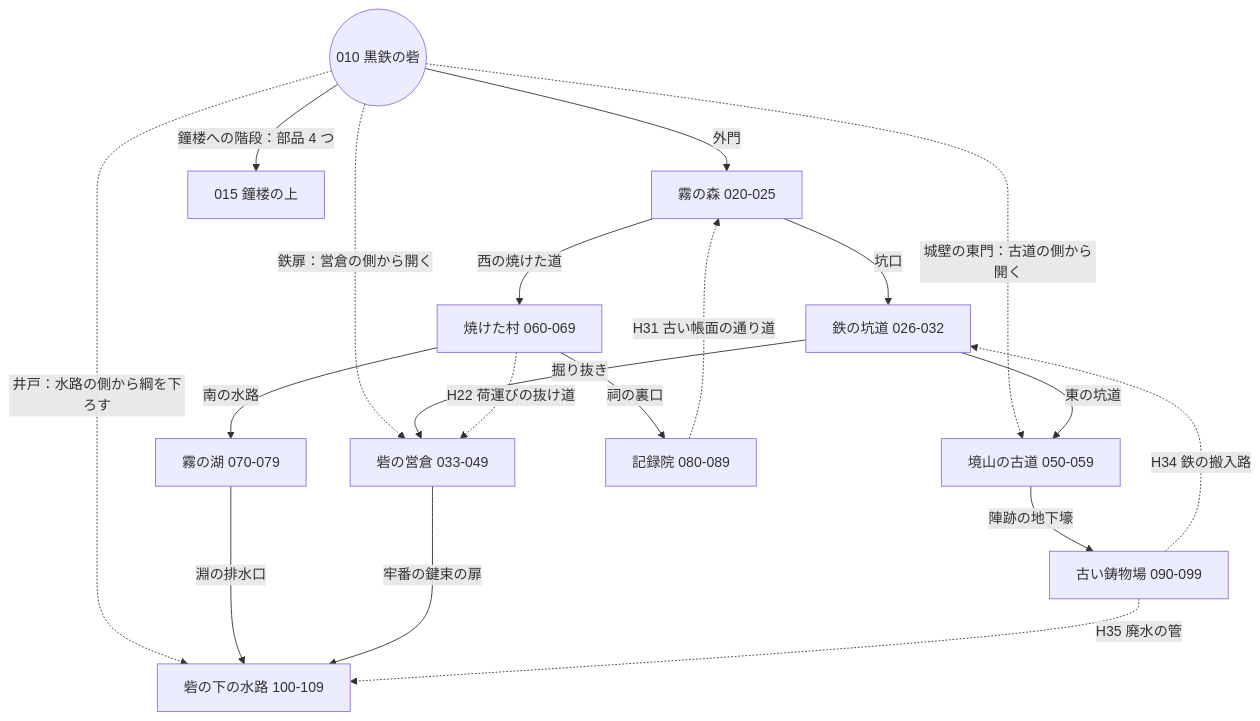
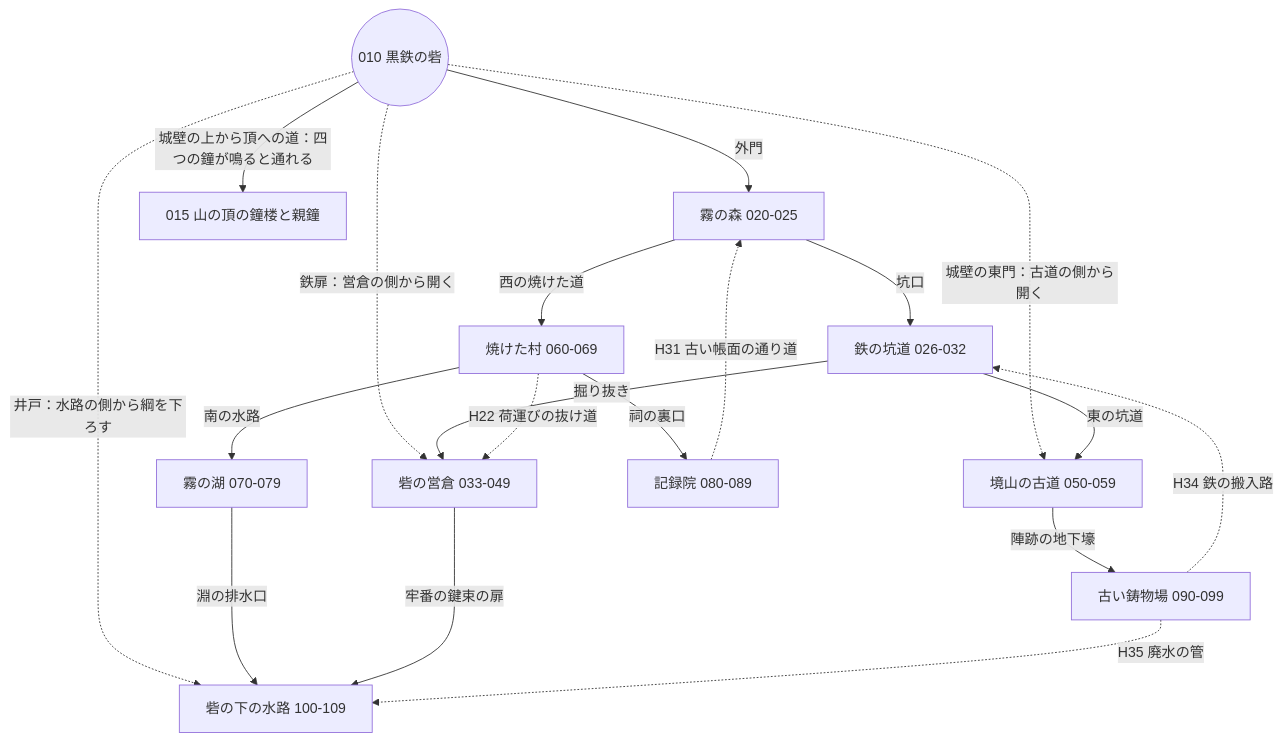
One commit to nakaba9696/-RPG changed the first of 2 diagrams in docs/mapdesign.md. Above: the diagram before and after it, drawn with Mermaid. The commit also changed other lines of this file and 1 other file, not shown here.

````diff
--- a/docs/mapdesign.md
+++ b/docs/mapdesign.md
@@ -40,23 +40,23 @@
 ```mermaid
 graph TD
   H((010 黒鉄の砦))
   H -->|外門| F[霧の森 020-025]
   H -.->|鉄扉：営倉の側から開く| P[砦の営倉 033-049]
   H -.->|城壁の東門：古道の側から開く| C[境山の古道 050-059]
   H -.->|井戸：水路の側から綱を下ろす| D[砦の下の水路 100-109]
-  H -->|鐘楼への階段：部品 4 つ| T[015 鐘楼の上]
+  H -->|城壁の上から頂への道：四つの鐘が鳴ると通れる| T[015 山の頂の鐘楼と親鐘]
 
   F -->|坑口| M[鉄の坑道 026-032]
   M -->|掘り抜き| P
   M -->|東の坑道| C
   F -->|西の焼けた道| V[焼けた村 060-069]
   V -.->|H22 荷運びの抜け道| P
   V -->|南の水路| L[霧の湖 070-079]
   L -->|淵の排水口| D
   P -->|牢番の鍵束の扉| D
   V -->|祠の裏口| R[記録院 080-089]
   R -.->|H31 古い帳面の通り道| F
   C -->|陣跡の地下壕| K[古い鋳物場 090-099]
   K -.->|H34 鉄の搬入路| M
   K -.->|H35 廃水の管| D
 ```
````
